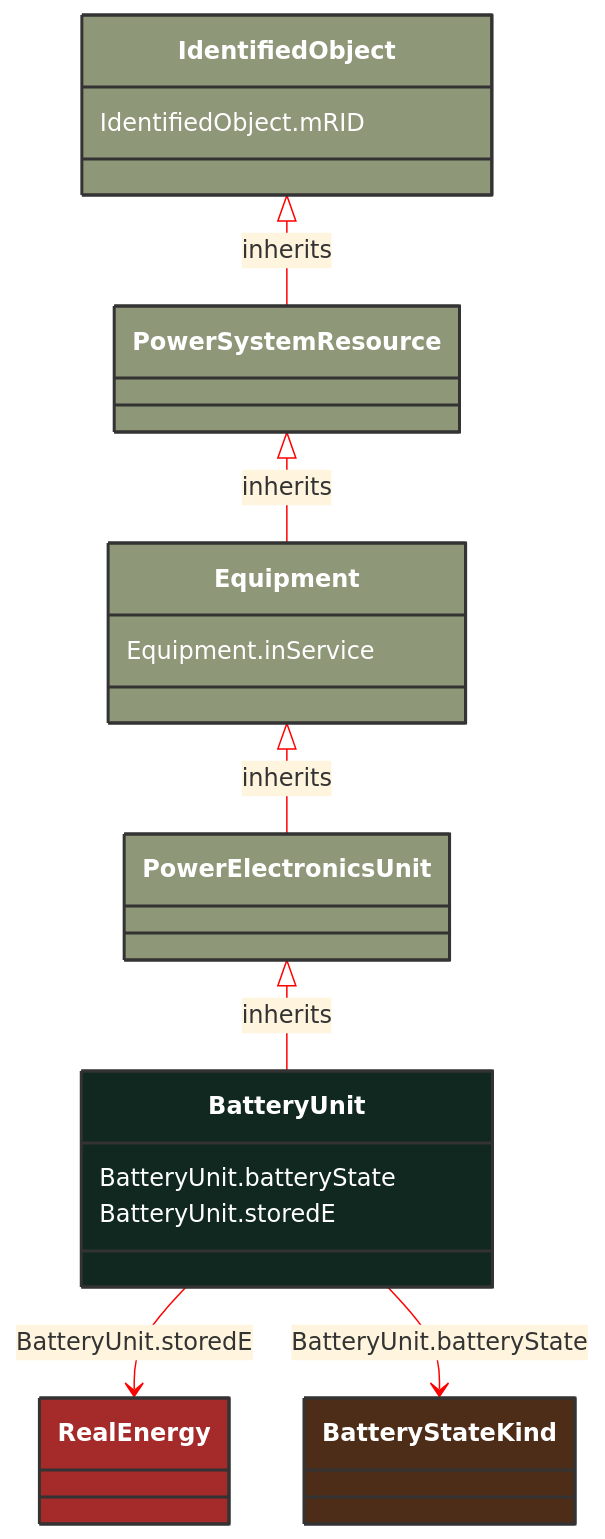
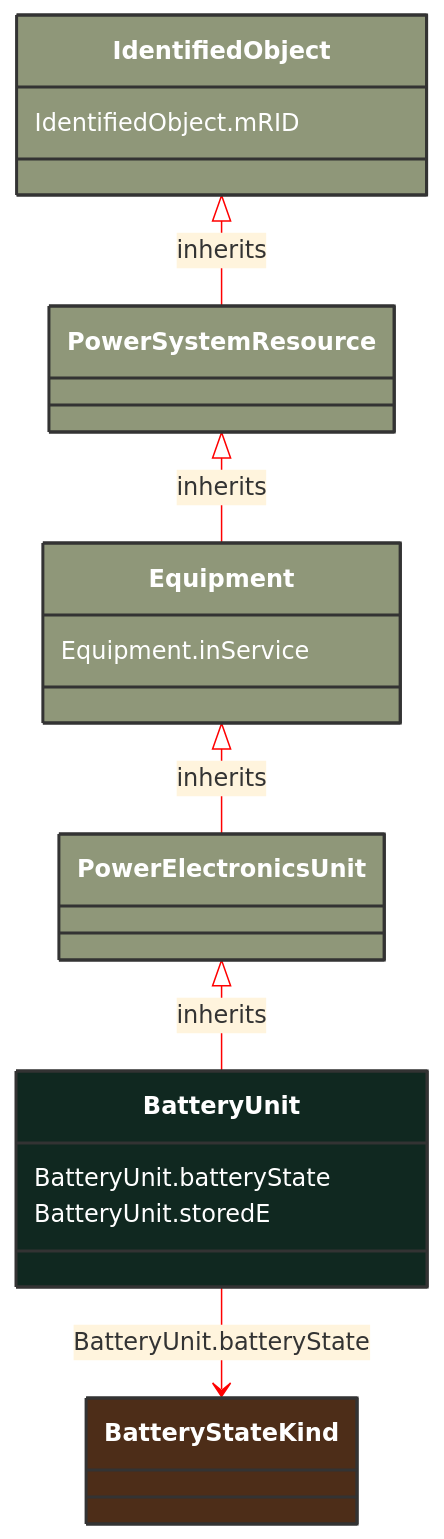
One commit to 3lbits/NoCIMExtensions changed the diagram in docs/Models/Profiles/SteadyStateHypothesis/ConcreteClasses/BatteryUnit.md. Above: the diagram before and after it, drawn with Mermaid. The commit also changed 397 other files, not shown here.

First line of the commit message:
Refactor CIM schemas to introduce abstract classes and consolidate data types

````diff
--- a/docs/Models/Profiles/SteadyStateHypothesis/ConcreteClasses/BatteryUnit.md
+++ b/docs/Models/Profiles/SteadyStateHypothesis/ConcreteClasses/BatteryUnit.md
@@ -8,40 +8,35 @@
 ```mermaid
 %%{init: {'theme':'base','themeVariables': {'lineColor': '#FF0000'}}}%%
 classDiagram
     class BatteryUnit
     click BatteryUnit href "/Models/Profiles/SteadyStateHypothesis/ConcreteClasses/BatteryUnit/"
     style BatteryUnit fill:#102820,stroke:#333,stroke-width:2px,rx:10,ry:10,color:white
      
         PowerElectronicsUnit <|-- BatteryUnit : inherits
             click PowerElectronicsUnit href "/Models/Profiles/SteadyStateHypothesis/ConcreteClasses/PowerElectronicsUnit/"
             style PowerElectronicsUnit fill:#8F9779,stroke:#333,stroke-width:2px,rx:10,ry:10,color:white
      
         Equipment <|-- PowerElectronicsUnit : inherits
             click Equipment href "/Models/Profiles/SteadyStateHypothesis/ConcreteClasses/Equipment/"
             style Equipment fill:#8F9779,stroke:#333,stroke-width:2px,rx:10,ry:10,color:white
      
         PowerSystemResource <|-- Equipment : inherits
             click PowerSystemResource href "/Models/Profiles/SteadyStateHypothesis/ConcreteClasses/PowerSystemResource/"
             style PowerSystemResource fill:#8F9779,stroke:#333,stroke-width:2px,rx:10,ry:10,color:white
      
         IdentifiedObject <|-- PowerSystemResource : inherits
             click IdentifiedObject href "/Models/Profiles/SteadyStateHypothesis/ConcreteClasses/IdentifiedObject/"
             style IdentifiedObject fill:#8F9779,stroke:#333,stroke-width:2px,rx:10,ry:10,color:white
 
-        BatteryUnit --> RealEnergy : BatteryUnit.storedE
-
-        RealEnergy
-            click RealEnergy href "/Models/Profiles/SteadyStateHypothesis/ConcreteClasses/RealEnergy/"
-            style RealEnergy fill:#A52A2A,stroke:#333,stroke-width:2px,rx:10,ry:10,color:white
 
         BatteryUnit --> BatteryStateKind : BatteryUnit.batteryState
 
         BatteryStateKind
             click BatteryStateKind href "/Models/Profiles/SteadyStateHypothesis/Enumerations/BatteryStateKind/"
             style BatteryStateKind fill:#4D2D18,stroke:#333,stroke-width:2px,rx:10,ry:10,color:white
 
         BatteryUnit : BatteryUnit.batteryState
         BatteryUnit : BatteryUnit.storedE
         Equipment : Equipment.inService
         IdentifiedObject : IdentifiedObject.mRID
 ```
````
